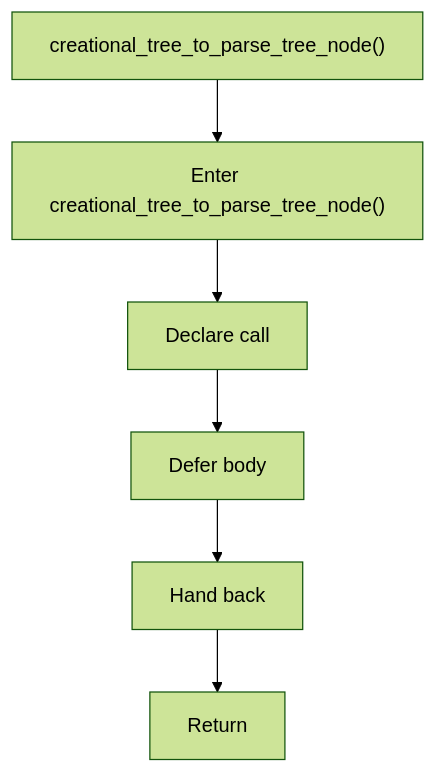
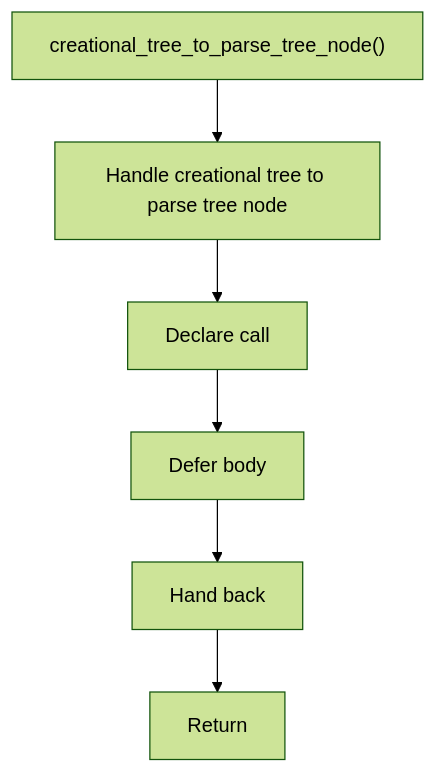
The diagram in docs/Codebase/Microservice/Modules/Header/SyntacticBrokenAST/Trees/Broken/Creational/Flow/functions/creational_tree_to_parse_tree_node.hpp.md (JohnAndrewBalbarosa/NeoTerritory), drawn with Mermaid (forest theme) before and after one commit. The commit also changed other lines of this file and 915 other files, not shown here.

````diff
--- a/docs/Codebase/Microservice/Modules/Header/SyntacticBrokenAST/Trees/Broken/Creational/Flow/functions/creational_tree_to_parse_tree_node.hpp.md
+++ b/docs/Codebase/Microservice/Modules/Header/SyntacticBrokenAST/Trees/Broken/Creational/Flow/functions/creational_tree_to_parse_tree_node.hpp.md
@@ -16,14 +16,14 @@
 ```mermaid
 flowchart TD
     Start["creational_tree_to_parse_tree_node()"]
-    N0["Enter creational_tree_to_parse_tree_node()"]
+    N0["Handle creational tree to parse tree node"]
     N1["Declare call"]
     N2["Defer body"]
     N3["Hand back"]
     End["Return"]
     Start --> N0
     N0 --> N1
     N1 --> N2
     N2 --> N3
     N3 --> End
 ```
````
